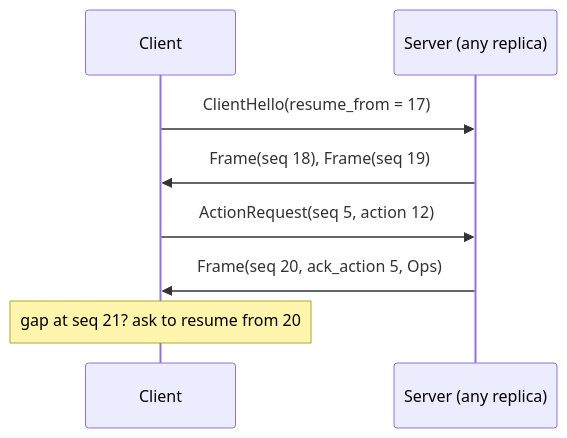
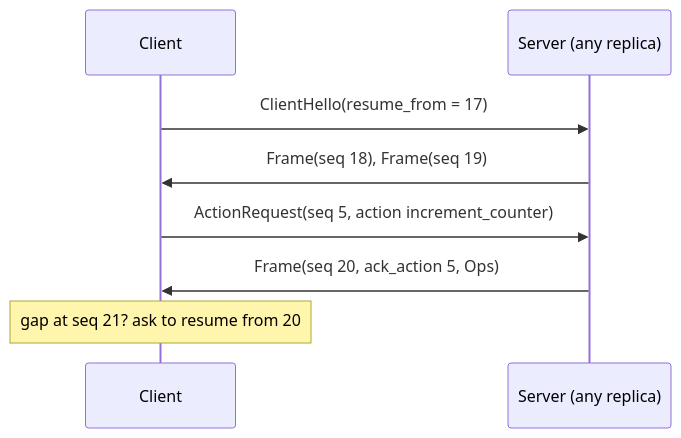
Before and after one commit to ewe-studios/ewe_platform: the diagram in specifications/69-foundation-ui-v2/research/02-unified-wire-contract.md, drawn with Mermaid. The commit also changed other lines of this file and 16 other files, not shown here.

````diff
--- a/specifications/69-foundation-ui-v2/research/02-unified-wire-contract.md
+++ b/specifications/69-foundation-ui-v2/research/02-unified-wire-contract.md
@@ -117,10 +140,10 @@
 ```mermaid
 sequenceDiagram
     participant C as Client
     participant S as Server (any replica)
     C->>S: ClientHello(resume_from = 17)
     S->>C: Frame(seq 18), Frame(seq 19)
-    C->>S: ActionRequest(seq 5, action 12)
+    C->>S: ActionRequest(seq 5, action increment_counter)
     S->>C: Frame(seq 20, ack_action 5, Ops)
     Note over C: gap at seq 21? ask to resume from 20
 ```
````
